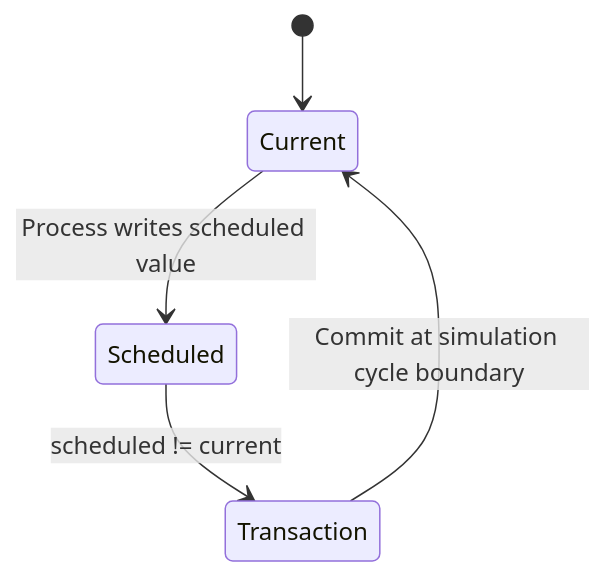
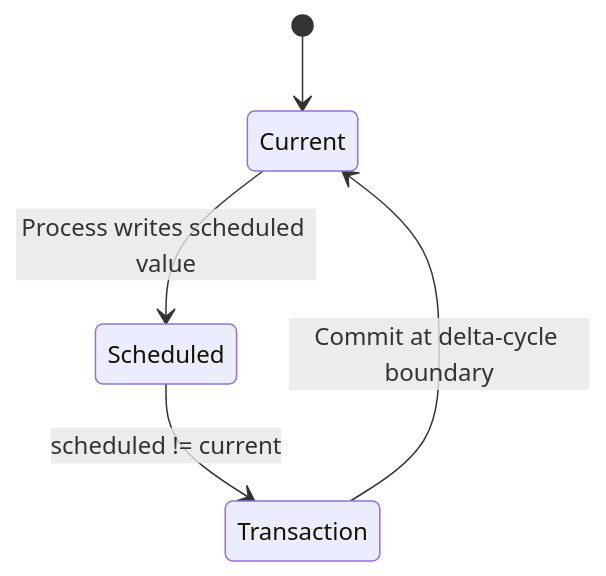
Before and after one commit to GabrielAtGitHub/actorsc: the third of 5 diagrams in PROJECT_PLAN.md, drawn with Mermaid. The commit also changed other lines of this file and 2 other files, not shown here.

First line of the commit message:
docs: align spec with per-delta-cycle commit; drop README deviations

````diff
--- a/PROJECT_PLAN.md
+++ b/PROJECT_PLAN.md
@@ -339,7 +340,7 @@
 ```mermaid
 stateDiagram-v2
     [*] --> Current
     Current --> Scheduled: Process writes scheduled value
     Scheduled --> Transaction: scheduled != current
-    Transaction --> Current: Commit at simulation cycle boundary
+    Transaction --> Current: Commit at delta‑cycle boundary
 ```
````
